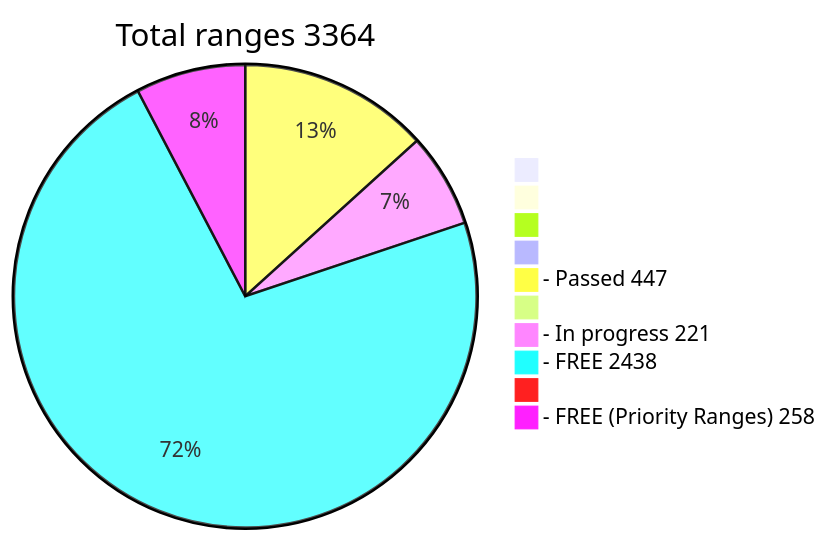
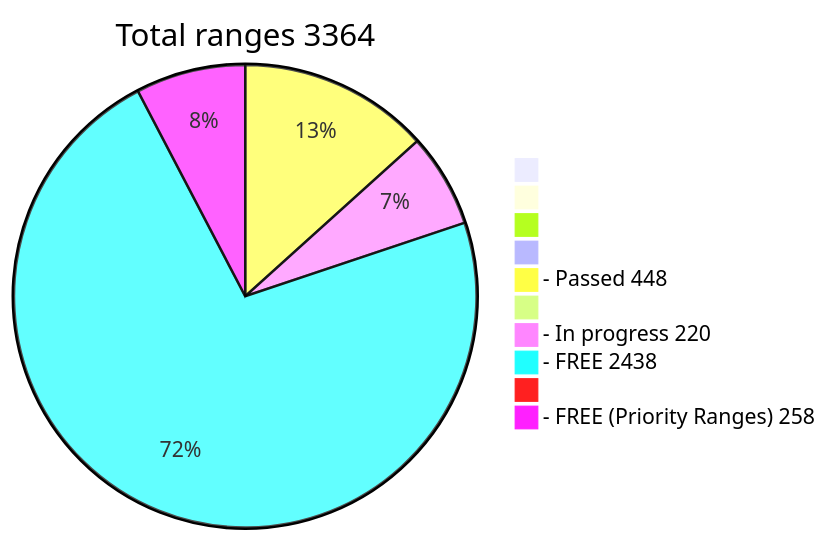
The diagram in README.md (phrutis/wif500), drawn with Mermaid before and after one commit.

````diff
--- a/README.md
+++ b/README.md
@@ -16,13 +16,13 @@
 ```mermaid
 pie title Total ranges 3364
              " " : 0
             "  " : 0
            "   " : 0
           "    " : 0
-  "- Passed 447" : 447
+  "- Passed 448" : 448
          "     " : 0
-  "- In progress 221" : 221
+  "- In progress 220" : 220
    "- FREE 2438" : 2438
         "      " : 0
   "- FREE (Priority Ranges) 258" : 258
 ```
````
